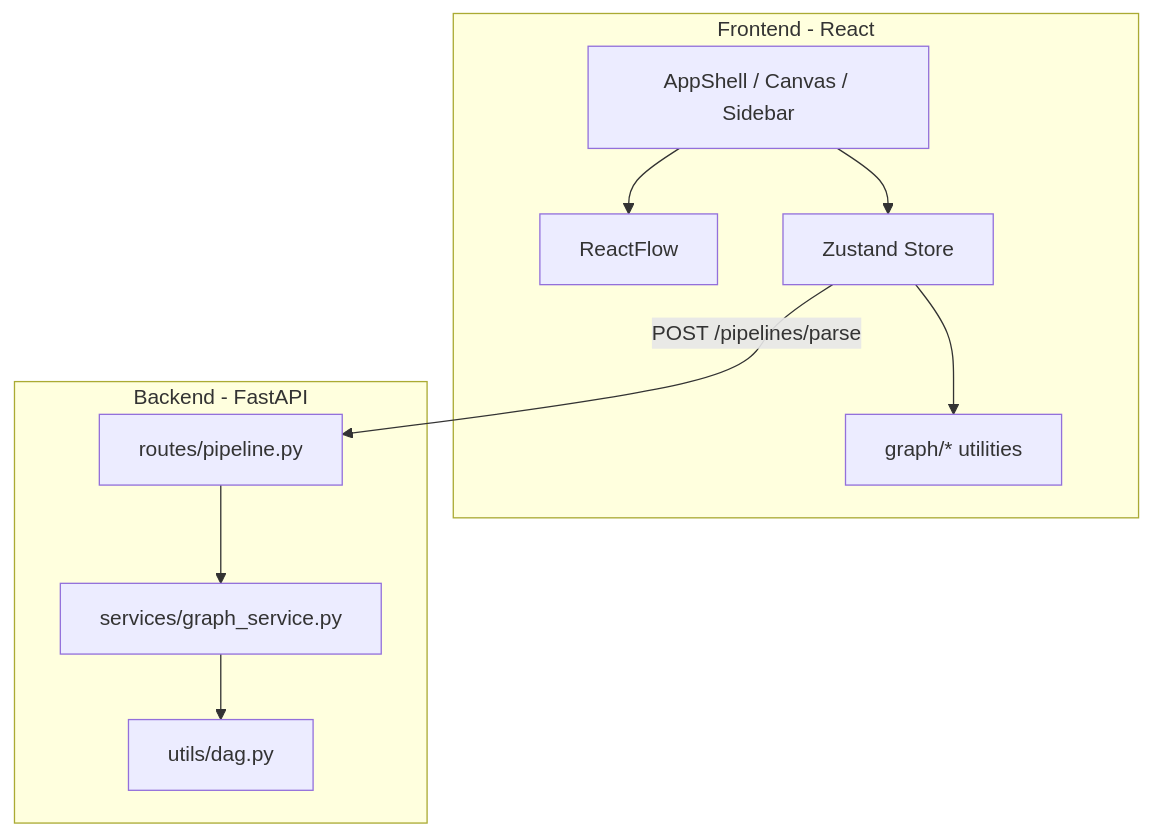
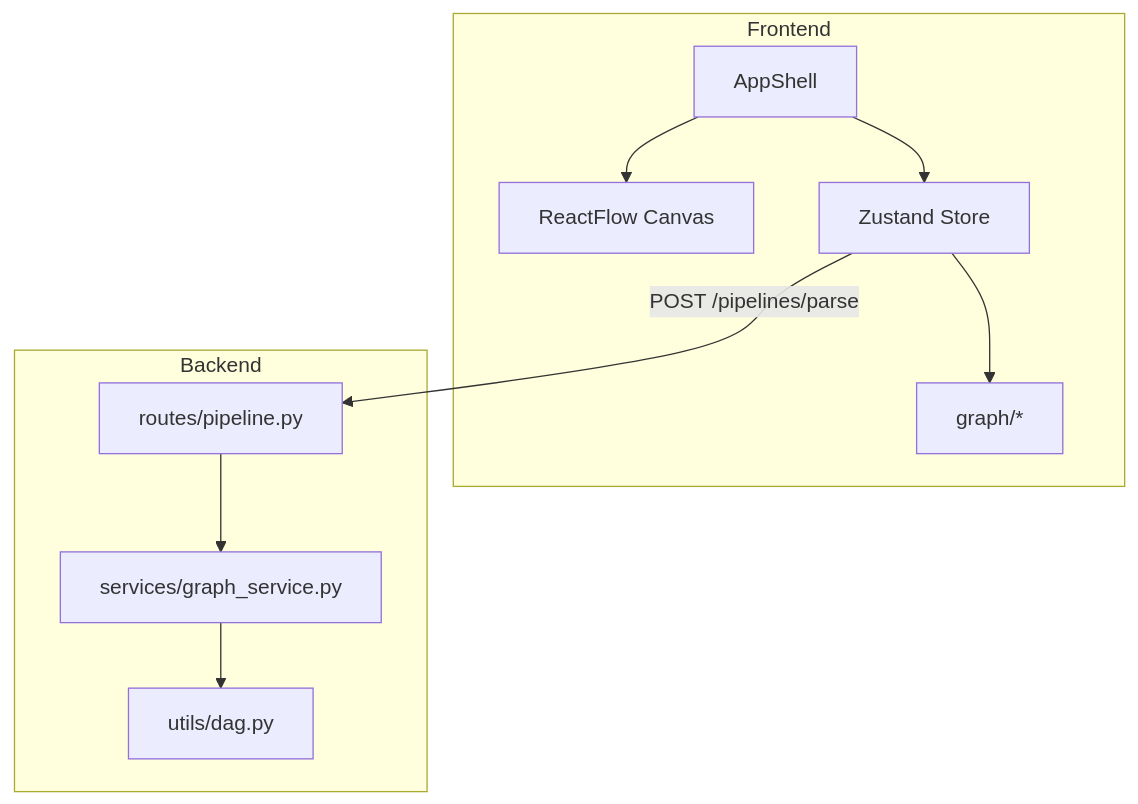
Before and after one commit to killa3241/AI-Pipeline-Builder: the diagram in README.md, drawn with Mermaid. The commit also changed other lines of this file and 3 other files, not shown here.

````diff
--- a/README.md
+++ b/README.md
@@ -19,21 +37,21 @@
 ```mermaid
 flowchart TB
-  subgraph frontend [Frontend - React]
-    UI[AppShell / Canvas / Sidebar]
-  RF[ReactFlow]
-  ZS[Zustand Store]
-  Graph[graph/* utilities]
-  UI --> RF
-  UI --> ZS
-  ZS --> Graph
+  subgraph client [Frontend]
+    UI[AppShell]
+    RF[ReactFlow Canvas]
+    ZS[Zustand Store]
+    Graph[graph/*]
+    UI --> RF
+    UI --> ZS
+    ZS --> Graph
   end
 
-  subgraph backend [Backend - FastAPI]
-    Routes[routes/pipeline.py]
-    Svc[services/graph_service.py]
+  subgraph server [Backend]
+    API[routes/pipeline.py]
+    SVC[services/graph_service.py]
     DAG[utils/dag.py]
-    Routes --> Svc --> DAG
+    API --> SVC --> DAG
   end
 
-  ZS -->|POST /pipelines/parse| Routes
+  ZS -->|POST /pipelines/parse| API
 ```
````
